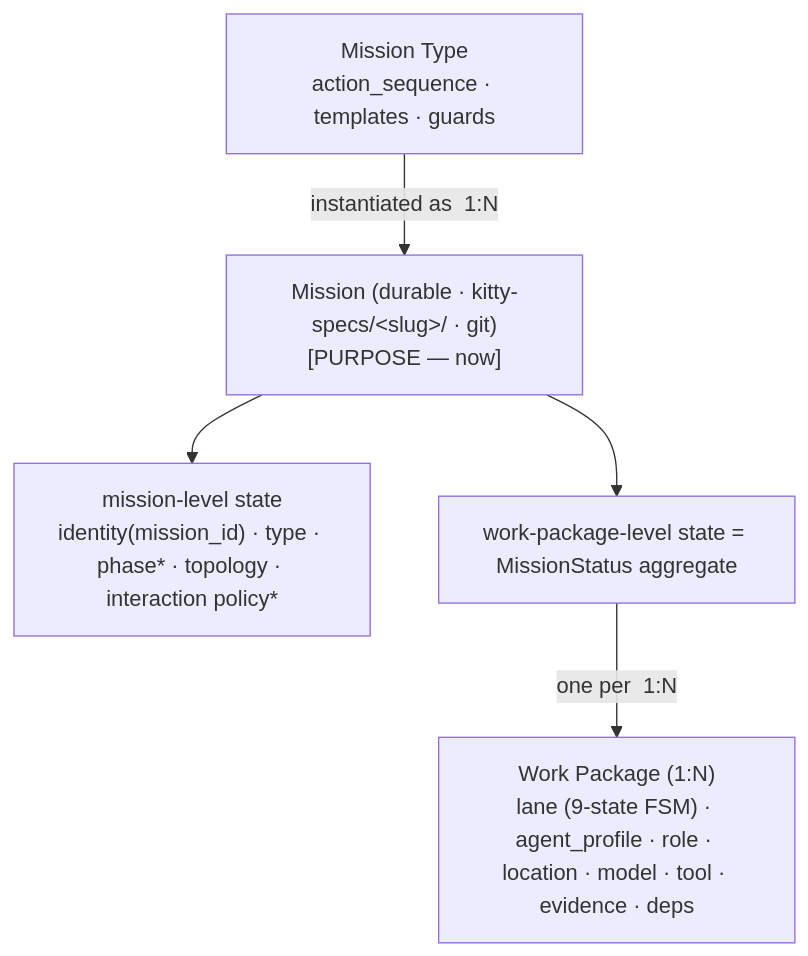
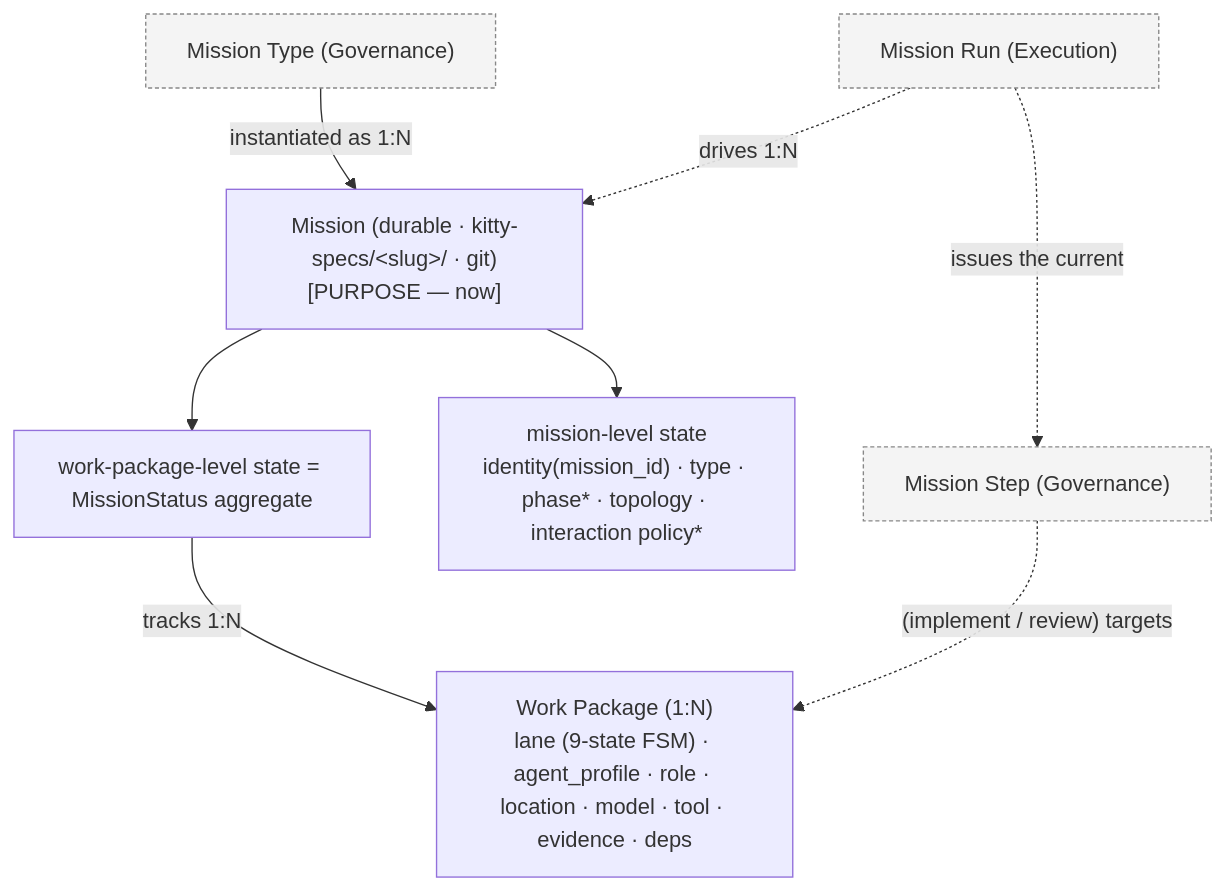
One commit to Priivacy-ai/spec-kitty changed the third of 8 diagrams in docs/engineering_notes/runtime_and_state_overhaul/14-model-diagrams.md. Above: the diagram before and after it, drawn with Mermaid. The commit also changed other lines of this file, not shown here.

First line of the commit message:
docs(architecture): propagate execution spine into 2b/2c/2e diagrams (#1619)

````diff
--- a/docs/engineering_notes/runtime_and_state_overhaul/14-model-diagrams.md
+++ b/docs/engineering_notes/runtime_and_state_overhaul/14-model-diagrams.md
@@ -160,12 +164,18 @@
 ```mermaid
 graph TD
-  MT["Mission Type<br/>action_sequence · templates · guards"]
+  classDef ext fill:#f4f4f4,stroke:#888,stroke-dasharray:3 2;
+  MT["Mission Type (Governance)"]:::ext
+  MS["Mission Step (Governance)"]:::ext
+  RUN["Mission Run (Execution)"]:::ext
   M["Mission (durable · kitty-specs/&lt;slug&gt;/ · git)<br/>[PURPOSE — now]"]
   ML["mission-level state<br/>identity(mission_id) · type · phase* · topology · interaction policy*"]
   WLAYER["work-package-level state = MissionStatus aggregate"]
   WP["Work Package (1:N)<br/>lane (9-state FSM) · agent_profile · role · location · model · tool · evidence · deps"]
-  MT -->|"instantiated as &nbsp;1:N"| M
+  MT -->|"instantiated as  1:N"| M
   M --> ML
   M --> WLAYER
-  WLAYER -->|"one per &nbsp;1:N"| WP
+  WLAYER -->|"tracks  1:N"| WP
+  RUN -.->|"drives  1:N"| M
+  RUN -.->|"issues the current"| MS
+  MS -.->|"(implement / review) targets"| WP
 ```
````
